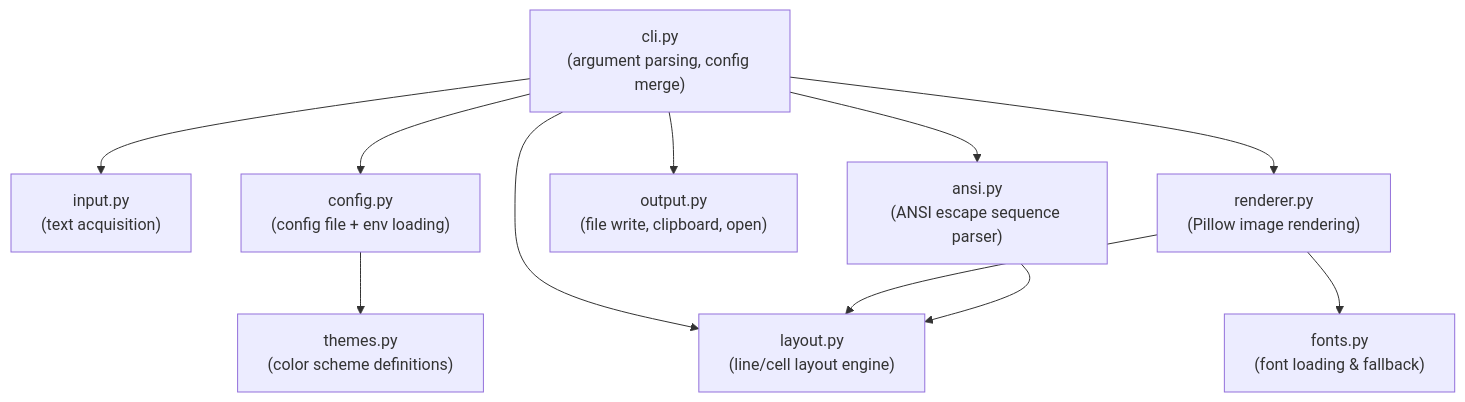
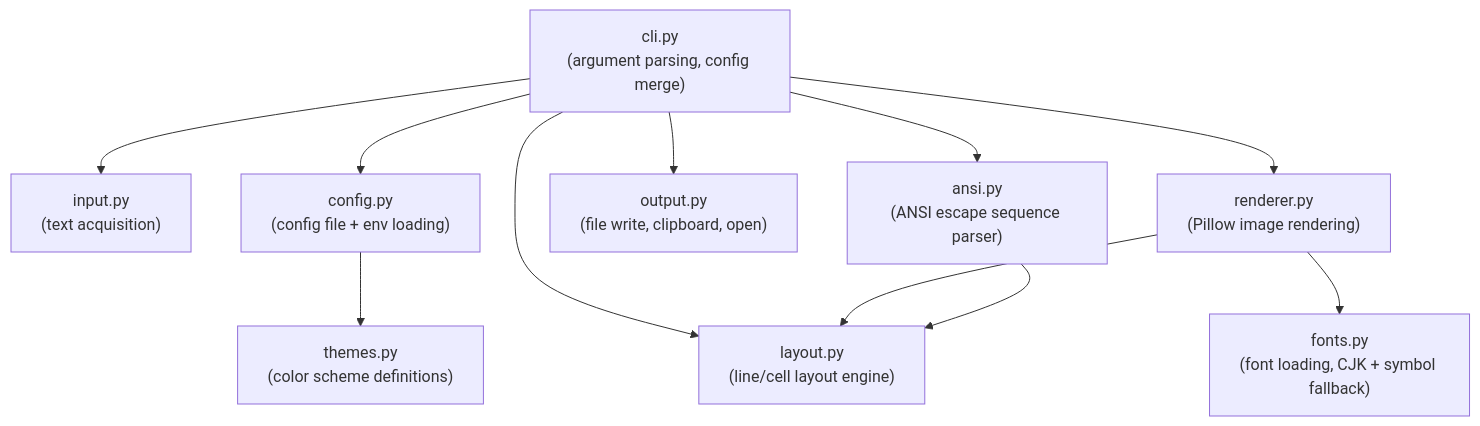
The first of 3 diagrams in docs/DESIGN.md (Async23/tmux-shot), drawn with Mermaid before and after one commit. The commit also changed other lines of this file and 6 other files, not shown here.

````diff
--- a/docs/DESIGN.md
+++ b/docs/DESIGN.md
@@ -9,24 +9,24 @@
 ```mermaid
 graph TD
     cli["cli.py\n(argument parsing, config merge)"]
     input["input.py\n(text acquisition)"]
     ansi["ansi.py\n(ANSI escape sequence parser)"]
     layout["layout.py\n(line/cell layout engine)"]
     renderer["renderer.py\n(Pillow image rendering)"]
     themes["themes.py\n(color scheme definitions)"]
-    fonts["fonts.py\n(font loading & fallback)"]
+    fonts["fonts.py\n(font loading, CJK + symbol fallback)"]
     output["output.py\n(file write, clipboard, open)"]
     config["config.py\n(config file + env loading)"]
 
     cli --> config
     cli --> input
     cli --> ansi
     cli --> layout
     cli --> renderer
     cli --> output
 
     config --> themes
     renderer --> fonts
     renderer --> layout
     ansi --> layout
 ```
````
